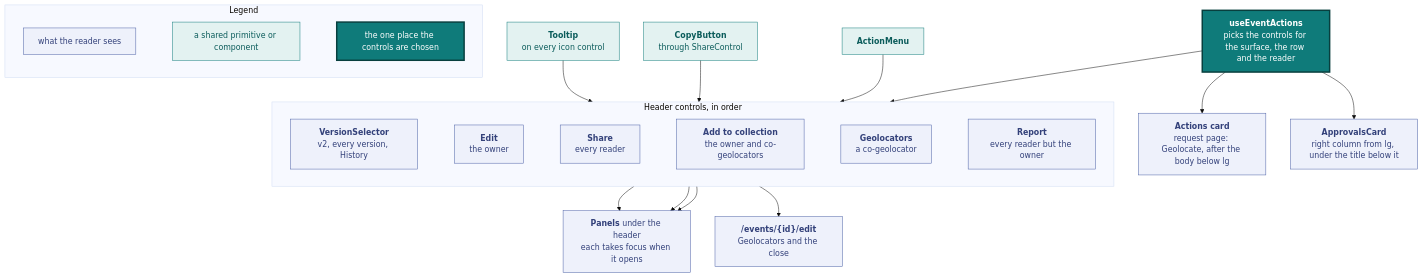
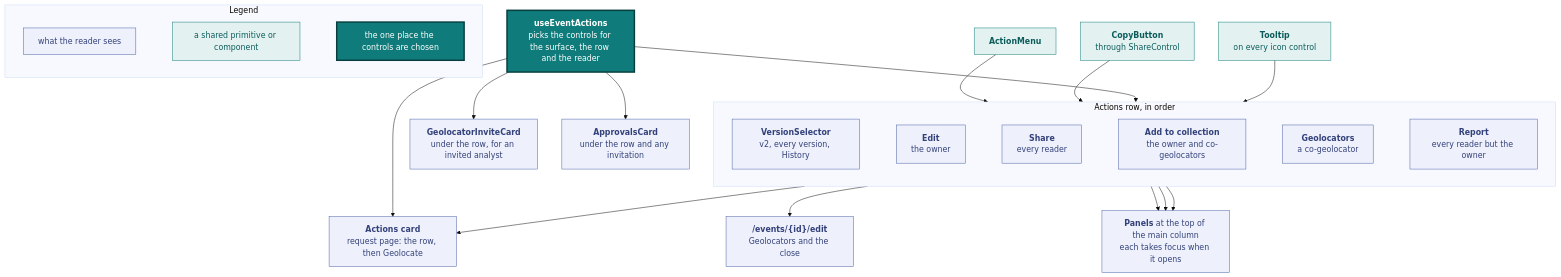
One commit to vidithq/vidit changed the fifth of 11 diagrams in docs/design.md. Above: the diagram before and after it, drawn with Mermaid (base theme). The commit also changed other lines of this file and 16 other files, not shown here.

````diff
--- a/docs/design.md
+++ b/docs/design.md
@@ -514,59 +515,63 @@
 ```mermaid
 flowchart TB
   classDef spec fill:#eef1fb,stroke:#4a5fa5,color:#33417a
   classDef shared fill:#e3f2f1,stroke:#0f7b7a,color:#0b5c5b
   classDef core fill:#0f7b7a,stroke:#083f3e,stroke-width:3px,color:#ffffff
 
   subgraph legend [Legend]
     direction LR
     l1["`what the reader sees`"]:::spec
     l2["`a shared primitive or component`"]:::shared
     l3["`the one place the controls are chosen`"]:::core
     l1 ~~~ l2 ~~~ l3
   end
 
   hook["`**useEventActions**
   picks the controls for the surface, the row and the reader`"]:::core
 
-  subgraph header [Header controls, in order]
+  subgraph header [Actions row, in order]
     direction LR
     versions["`**VersionSelector**
     v2, every version, History`"]:::spec
     edit["`**Edit**
     the owner`"]:::spec
     share["`**Share**
     every reader`"]:::spec
     collect["`**Add to collection**
     the owner and co-geolocators`"]:::spec
     credit["`**Geolocators**
     a co-geolocator`"]:::spec
     report["`**Report**
     every reader but the owner`"]:::spec
     versions ~~~ edit ~~~ share ~~~ collect ~~~ credit ~~~ report
   end
 
   menu["`**ActionMenu**`"]:::shared
   copy["`**CopyButton**
   through ShareControl`"]:::shared
   tooltip["`**Tooltip**
   on every icon control`"]:::shared
   editpage["`**/events/{id}/edit**
   Geolocators and the close`"]:::spec
-  panels["`**Panels** under the header
+  panels["`**Panels** at the top of the main column
   each takes focus when it opens`"]:::spec
+  invite["`**GeolocatorInviteCard**
+  under the row, for an invited analyst`"]:::spec
   card["`**ApprovalsCard**
-  right column from lg, under the title below it`"]:::spec
+  under the row and any invitation`"]:::spec
   actionscard["`**Actions card**
-  request page: Geolocate, after the body below lg`"]:::spec
+  request page: the row, then Geolocate`"]:::spec
 
   hook --> header
+  hook --> invite
   hook --> card
   hook --> actionscard
+  header --> actionscard
   menu --> versions
   copy --> share
   tooltip --> header
   edit --> editpage
   collect --> panels
   credit --> panels
   report --> panels
 ```
````
